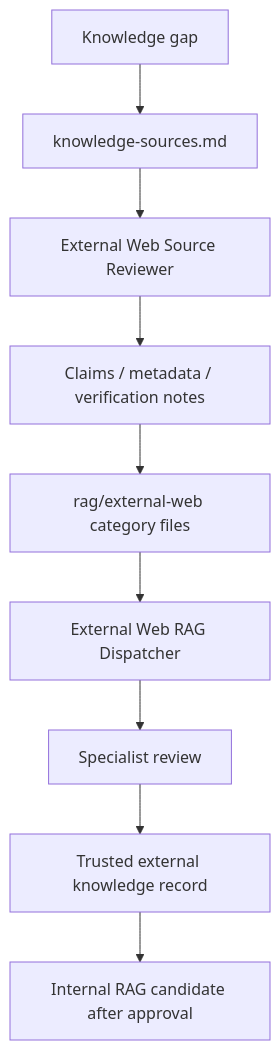
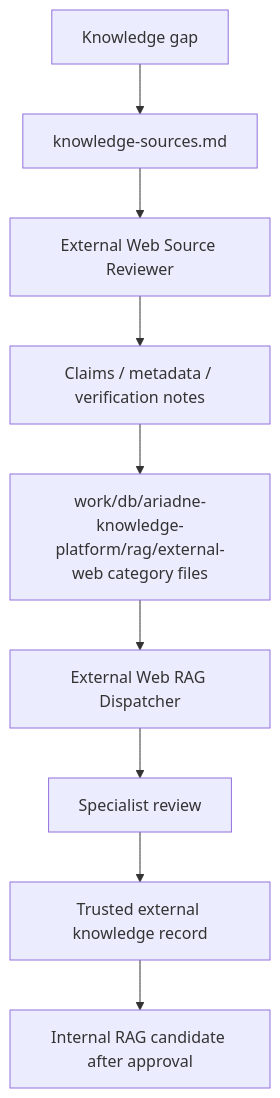
Diagram 13 of 13 in docs/diagrams/workflow-flowcharts.md (inabako/ariadne-ai-workflow-platform), drawn with Mermaid before and after one commit. The commit also changed 69 other files, not shown here.

````diff
--- a/docs/diagrams/workflow-flowcharts.md
+++ b/docs/diagrams/workflow-flowcharts.md
@@ -281,11 +281,11 @@
 ```mermaid
 flowchart TD
   A[Knowledge gap] --> B[knowledge-sources.md]
   B --> C[External Web Source Reviewer]
   C --> D[Claims / metadata / verification notes]
-  D --> E[rag/external-web category files]
+  D --> E[work/db/ariadne-knowledge-platform/rag/external-web category files]
   E --> F[External Web RAG Dispatcher]
   F --> G[Specialist review]
   G --> H[Trusted external knowledge record]
   H --> I[Internal RAG candidate after approval]
 ```
````
